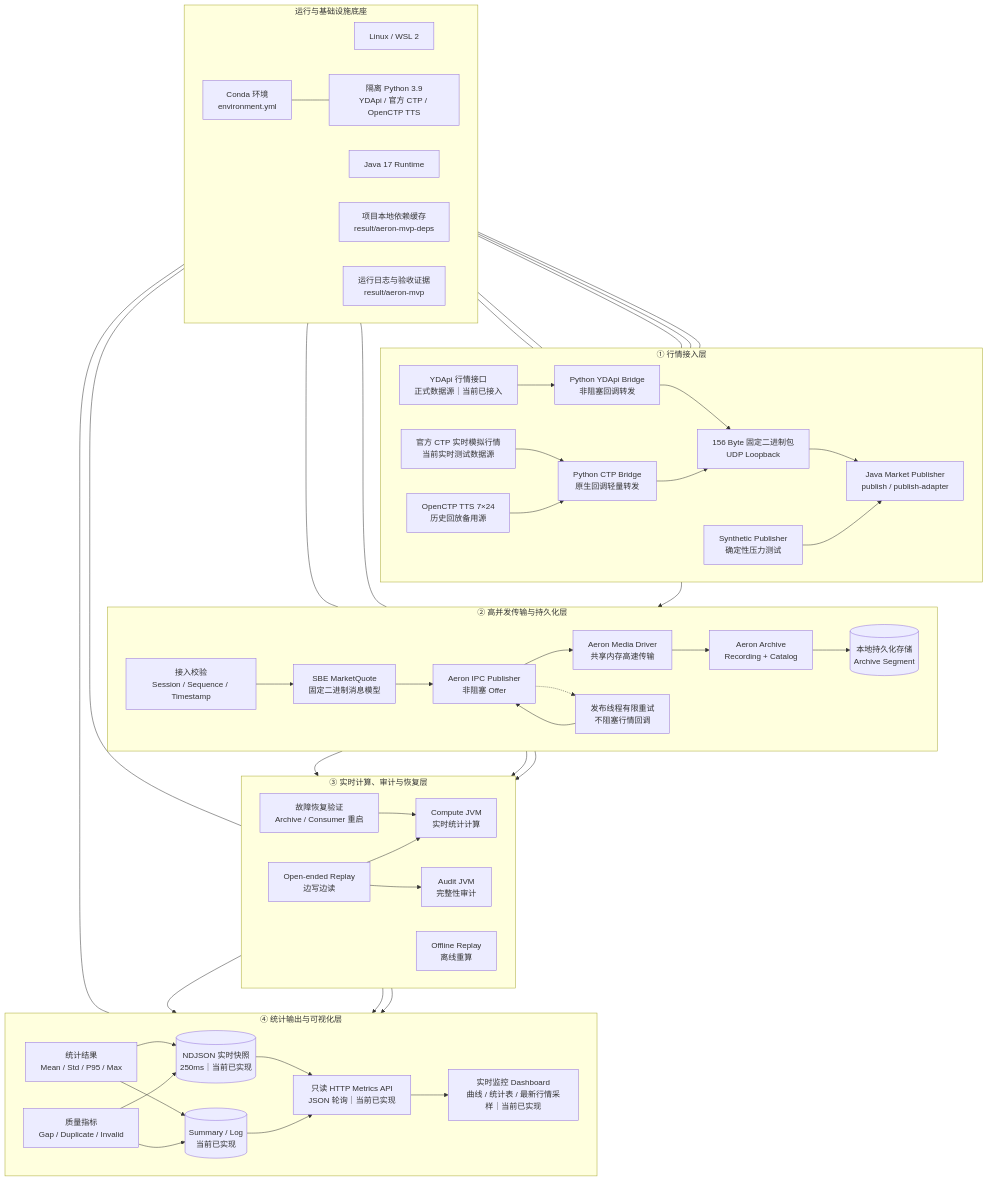
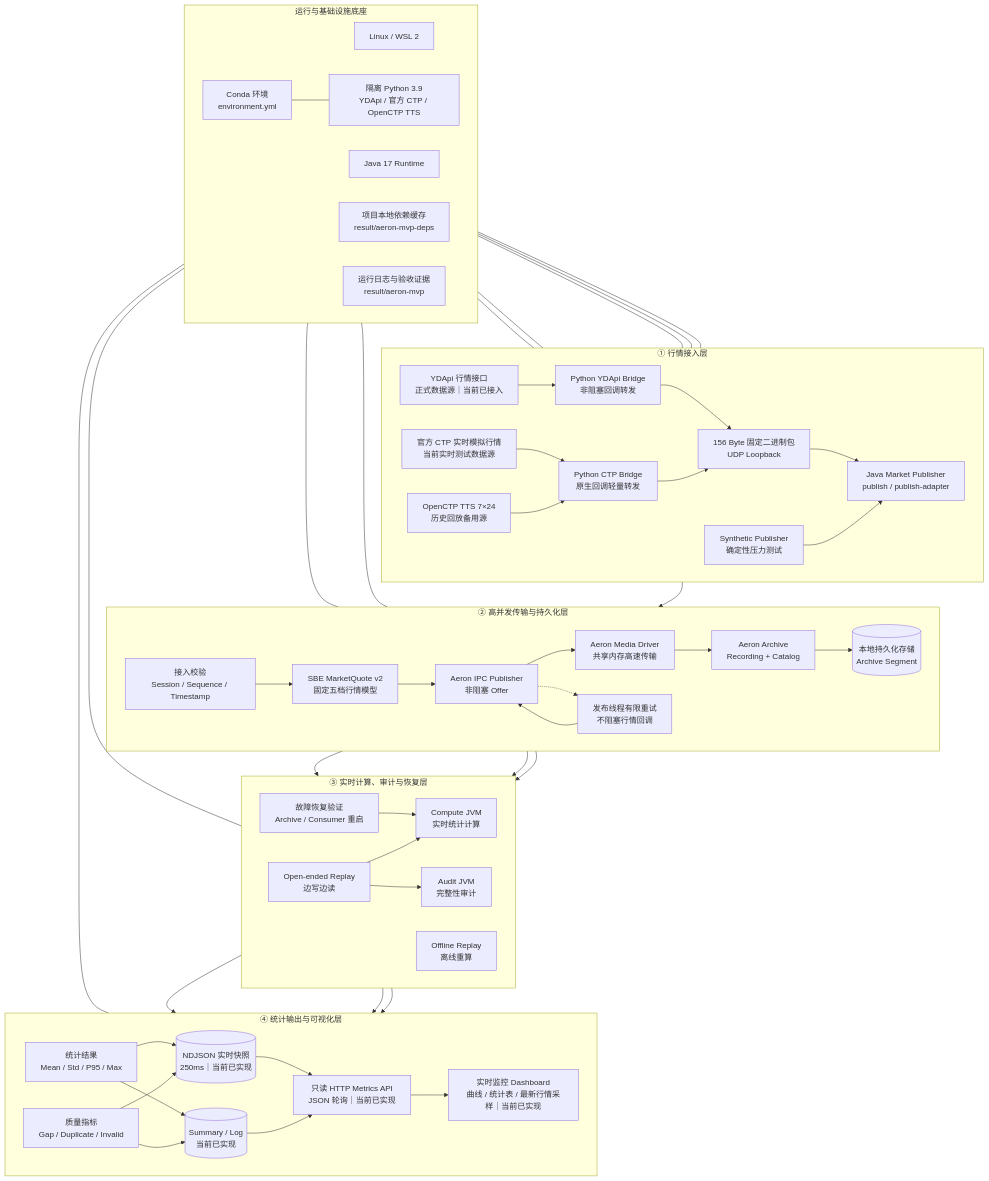
Before and after one commit to 031asa/high-concurrency: the diagram in docs/high-concurrency-architecture.md, drawn with Mermaid. The commit also changed other lines of this file and 9 other files, not shown here.

```diff
--- a/docs/high-concurrency-architecture.md
+++ b/docs/high-concurrency-architecture.md
@@ -22,7 +22,7 @@
     subgraph BUS["② 高并发传输与持久化层"]
         direction LR
         VALID["接入校验<br/>Session / Sequence / Timestamp"]
-        SBE["SBE MarketQuote<br/>固定二进制消息模型"]
+        SBE["SBE MarketQuote v2<br/>固定五档行情模型"]
         AP["Aeron IPC Publisher<br/>非阻塞 Offer"]
         MD["Aeron Media Driver<br/>共享内存高速传输"]
         AR["Aeron Archive<br/>Recording + Catalog"]
```
